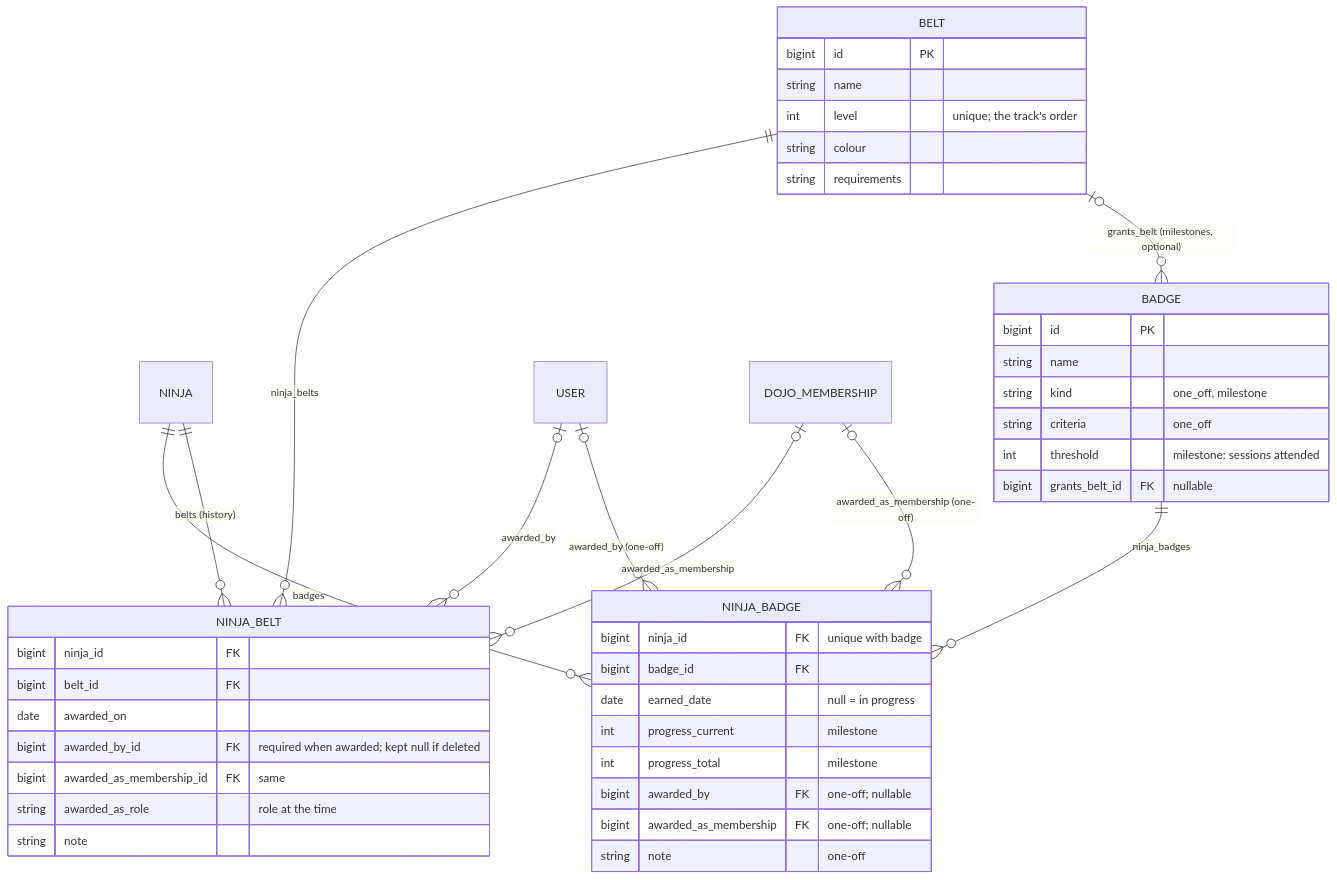
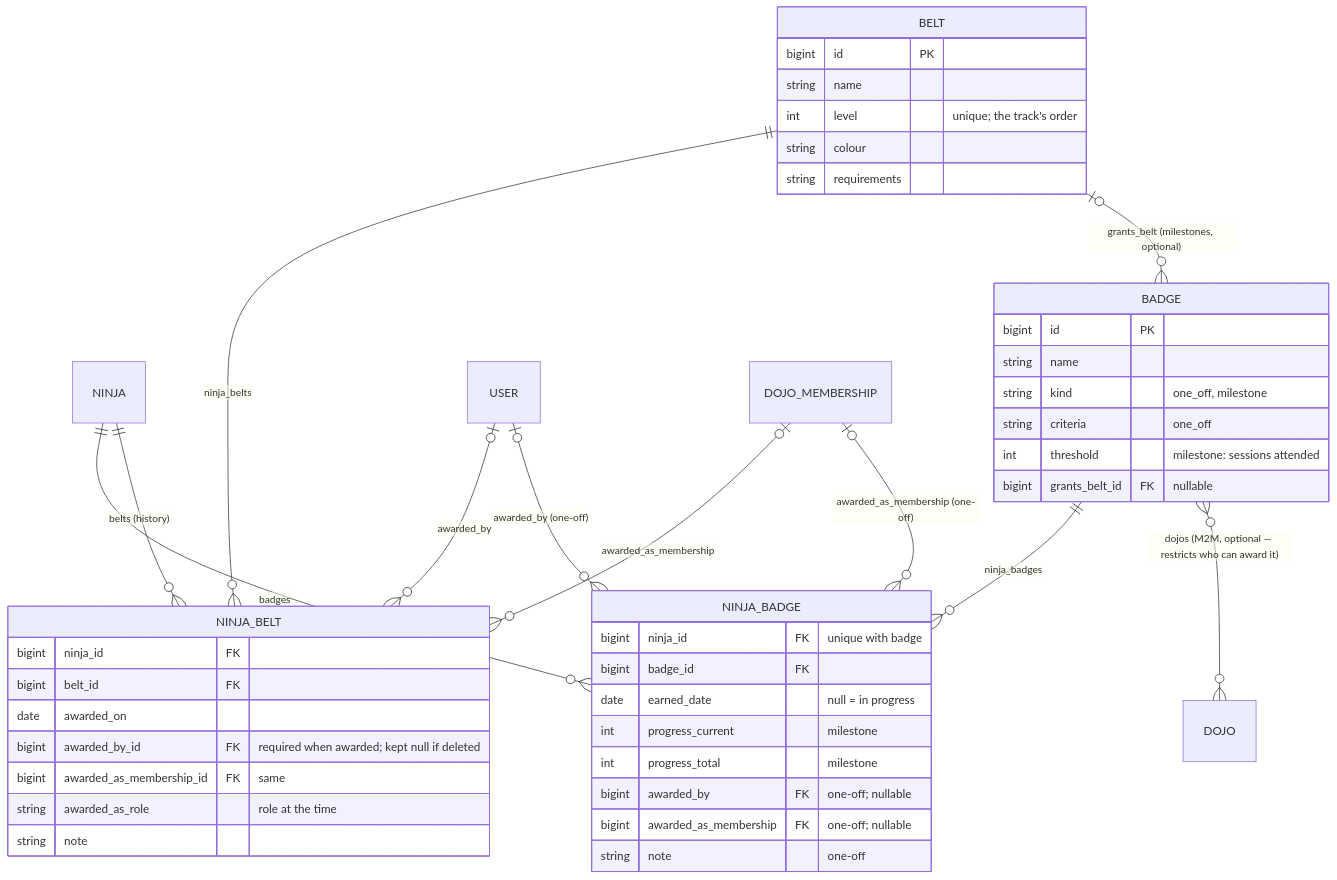
Before and after one commit to DoublG/coderdojo-event-registration: the ninth of 23 diagrams in DATA_MODEL.md, drawn with Mermaid. The commit also changed other lines of this file and 32 other files, not shown here.

````diff
--- a/DATA_MODEL.md
+++ b/DATA_MODEL.md
@@ -531,47 +541,48 @@
 ```mermaid
 erDiagram
     NINJA ||--o{ NINJA_BADGE : "badges"
     BADGE ||--o{ NINJA_BADGE : "ninja_badges"
     NINJA ||--o{ NINJA_BELT : "belts (history)"
     BELT ||--o{ NINJA_BELT : "ninja_belts"
     BELT |o--o{ BADGE : "grants_belt (milestones, optional)"
     USER |o--o{ NINJA_BELT : "awarded_by"
     DOJO_MEMBERSHIP |o--o{ NINJA_BELT : "awarded_as_membership"
     USER |o--o{ NINJA_BADGE : "awarded_by (one-off)"
     DOJO_MEMBERSHIP |o--o{ NINJA_BADGE : "awarded_as_membership (one-off)"
+    BADGE }o--o{ DOJO : "dojos (M2M, optional — restricts who can award it)"
 
     BADGE {
         bigint id PK
         string name
         string kind "one_off, milestone"
         string criteria "one_off"
         int threshold "milestone: sessions attended"
         bigint grants_belt_id FK "nullable"
     }
     NINJA_BADGE {
         bigint ninja_id FK "unique with badge"
         bigint badge_id FK
         date earned_date "null = in progress"
         int progress_current "milestone"
         int progress_total "milestone"
         bigint awarded_by FK "one-off; nullable"
         bigint awarded_as_membership FK "one-off; nullable"
         string note "one-off"
     }
     BELT {
         bigint id PK
         string name
         int level "unique; the track's order"
         string colour
         string requirements
     }
     NINJA_BELT {
         bigint ninja_id FK
         bigint belt_id FK
         date awarded_on
         bigint awarded_by_id FK "required when awarded; kept null if deleted"
         bigint awarded_as_membership_id FK "same"
         string awarded_as_role "role at the time"
         string note
     }
 ```
````
